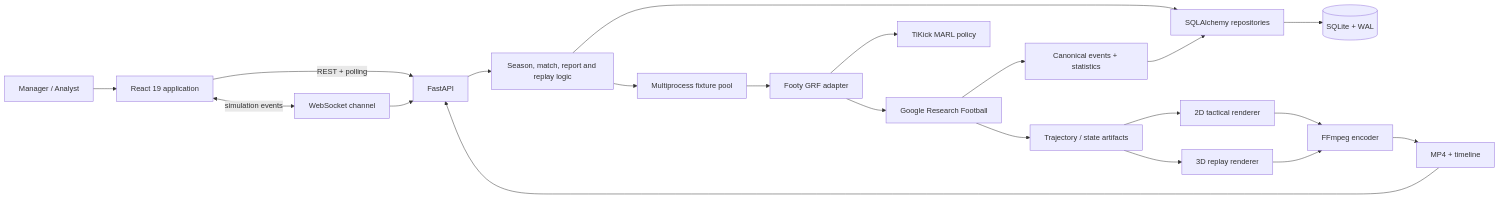
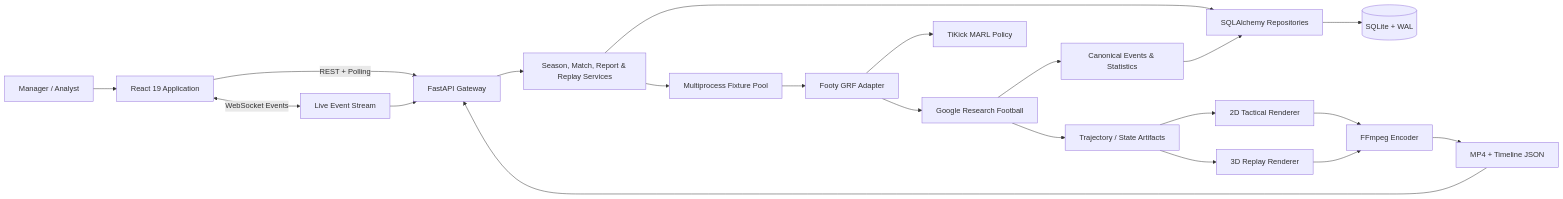
The first of 2 diagrams in README.md (x-Kevin-Paul-x/Footy), drawn with Mermaid before and after one commit. The commit also changed other lines of this file and 11 other files, not shown here.

Commit message:
docs: elevate README to flagship showcase, streamline architecture, and add light/dark screenshots

````diff
--- a/README.md
+++ b/README.md
@@ -119,26 +187,26 @@
 ```mermaid
 flowchart LR
-    User[Manager / Analyst] --> UI[React 19 application]
-    UI -->|REST + polling| API[FastAPI]
-    UI <-->|simulation events| WS[WebSocket channel]
+    User[Manager / Analyst] --> UI[React 19 Application]
+    UI -->|REST + Polling| API[FastAPI Gateway]
+    UI <-->|WebSocket Events| WS[Live Event Stream]
     WS --> API
 
-    API --> Services[Season, match, report and replay logic]
-    Services --> ORM[SQLAlchemy repositories]
+    API --> Services[Season, Match, Report & Replay Services]
+    Services --> ORM[SQLAlchemy Repositories]
     ORM --> DB[(SQLite + WAL)]
 
-    Services --> Pool[Multiprocess fixture pool]
-    Pool --> Adapter[Footy GRF adapter]
-    Adapter --> Policy[TiKick MARL policy]
+    Services --> Pool[Multiprocess Fixture Pool]
+    Pool --> Adapter[Footy GRF Adapter]
+    Adapter --> Policy[TiKick MARL Policy]
     Adapter --> GRF[Google Research Football]
 
-    GRF --> Events[Canonical events + statistics]
-    GRF --> Trajectory[Trajectory / state artifacts]
+    GRF --> Events[Canonical Events & Statistics]
+    GRF --> Trajectory[Trajectory / State Artifacts]
     Events --> ORM
-    Trajectory --> Renderer2D[2D tactical renderer]
-    Trajectory --> Renderer3D[3D replay renderer]
-    Renderer2D --> FFmpeg[FFmpeg encoder]
+    Trajectory --> Renderer2D[2D Tactical Renderer]
+    Trajectory --> Renderer3D[3D Replay Renderer]
+    Renderer2D --> FFmpeg[FFmpeg Encoder]
     Renderer3D --> FFmpeg
-    FFmpeg --> Media[MP4 + timeline]
+    FFmpeg --> Media[MP4 + Timeline JSON]
     Media --> API
 ```
````
